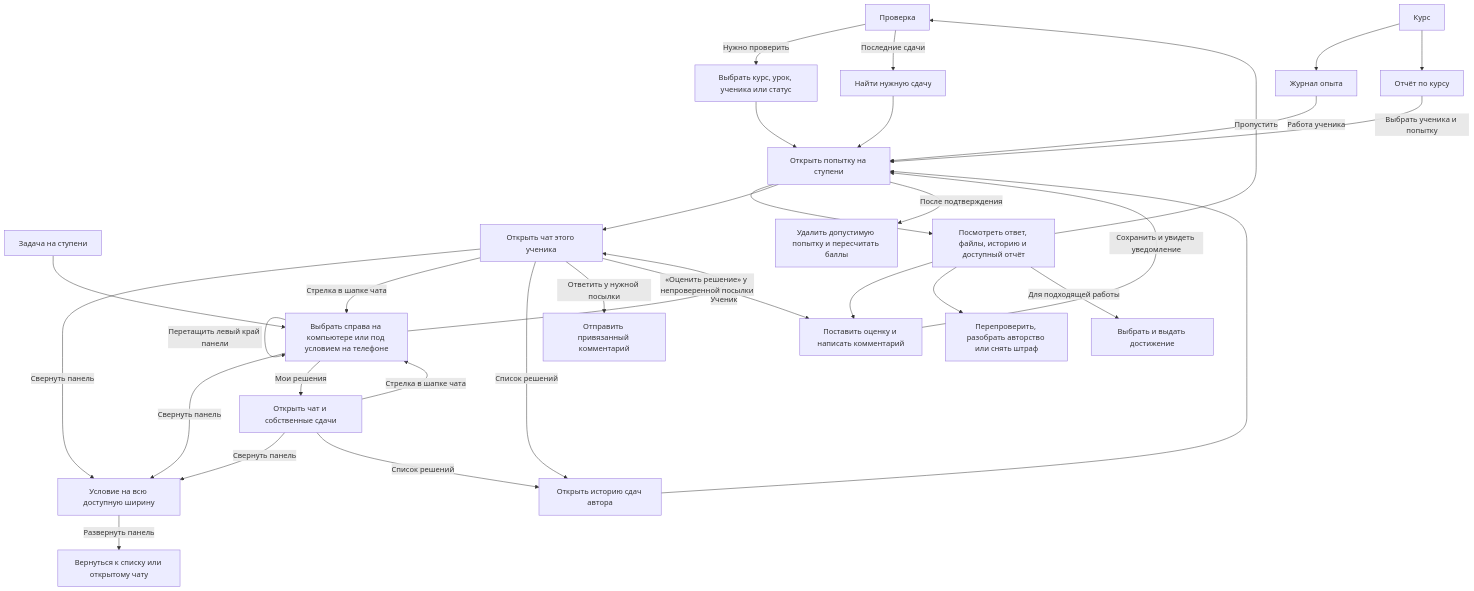
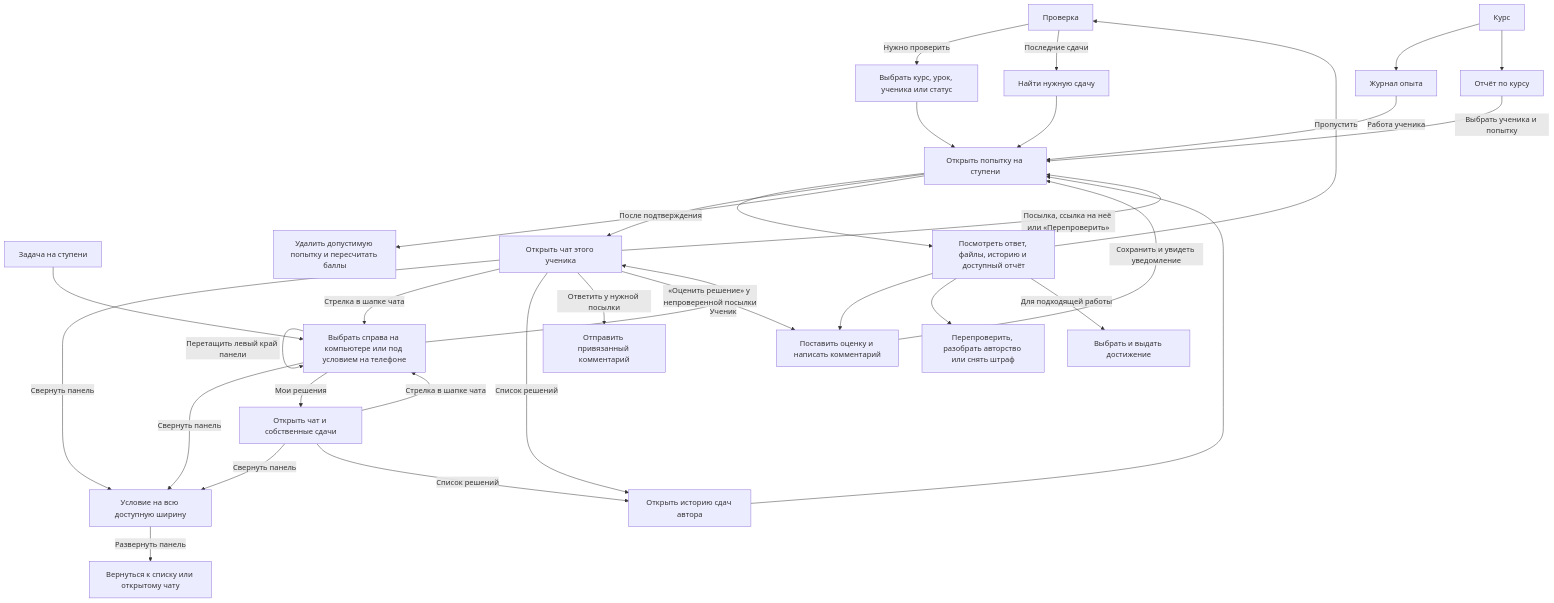
The sixth of 8 diagrams in docs/ux/role-actions.md (roctbb/CodingProjects), drawn with Mermaid before and after one commit. The commit also changed 4 other files, not shown here.

````diff
--- a/docs/ux/role-actions.md
+++ b/docs/ux/role-actions.md
@@ -238,34 +238,35 @@
 ```mermaid
 flowchart TD
   queue["Проверка"] -->|Нужно проверить| filter["Выбрать курс, урок, ученика или статус"]
   queue -->|Последние сдачи| recent["Найти нужную сдачу"]
   filter --> work["Открыть попытку на ступени"]
   recent --> work
   course["Курс"] --> journal["Журнал опыта"]
   course --> report["Отчёт по курсу"]
   journal -->|Работа ученика| work
   report -->|Выбрать ученика и попытку| work
   task["Задача на ступени"] --> roster["Выбрать справа на компьютере или под условием на телефоне"]
   roster -->|Перетащить левый край панели| roster
   roster -->|Свернуть панель| wideTask["Условие на всю доступную ширину"]
   roster -->|Ученик| chat
   roster -->|Мои решения| own["Открыть чат и собственные сдачи"]
   chat -->|Свернуть панель| wideTask
   own -->|Свернуть панель| wideTask
   wideTask -->|Развернуть панель| lastPanel["Вернуться к списку или открытому чату"]
   chat -->|Стрелка в шапке чата| roster
   own -->|Стрелка в шапке чата| roster
   chat -->|Список решений| attempts["Открыть историю сдач автора"]
   own -->|Список решений| attempts
   attempts --> work
   work --> inspect["Посмотреть ответ, файлы, историю и доступный отчёт"]
   work --> chat["Открыть чат этого ученика"]
+  chat -->|Посылка, ссылка на неё или «Перепроверить»| work
   chat -->|Ответить у нужной посылки| reply["Отправить привязанный комментарий"]
   chat -->|«Оценить решение» у непроверенной посылки| grade
   inspect --> grade["Поставить оценку и написать комментарий"]
   grade -->|Сохранить и увидеть уведомление| work
   inspect -->|Пропустить| queue
   inspect --> options["Перепроверить, разобрать авторство или снять штраф"]
   inspect -->|Для подходящей работы| award["Выбрать и выдать достижение"]
   work -->|После подтверждения| remove["Удалить допустимую попытку и пересчитать баллы"]
 ```
````
